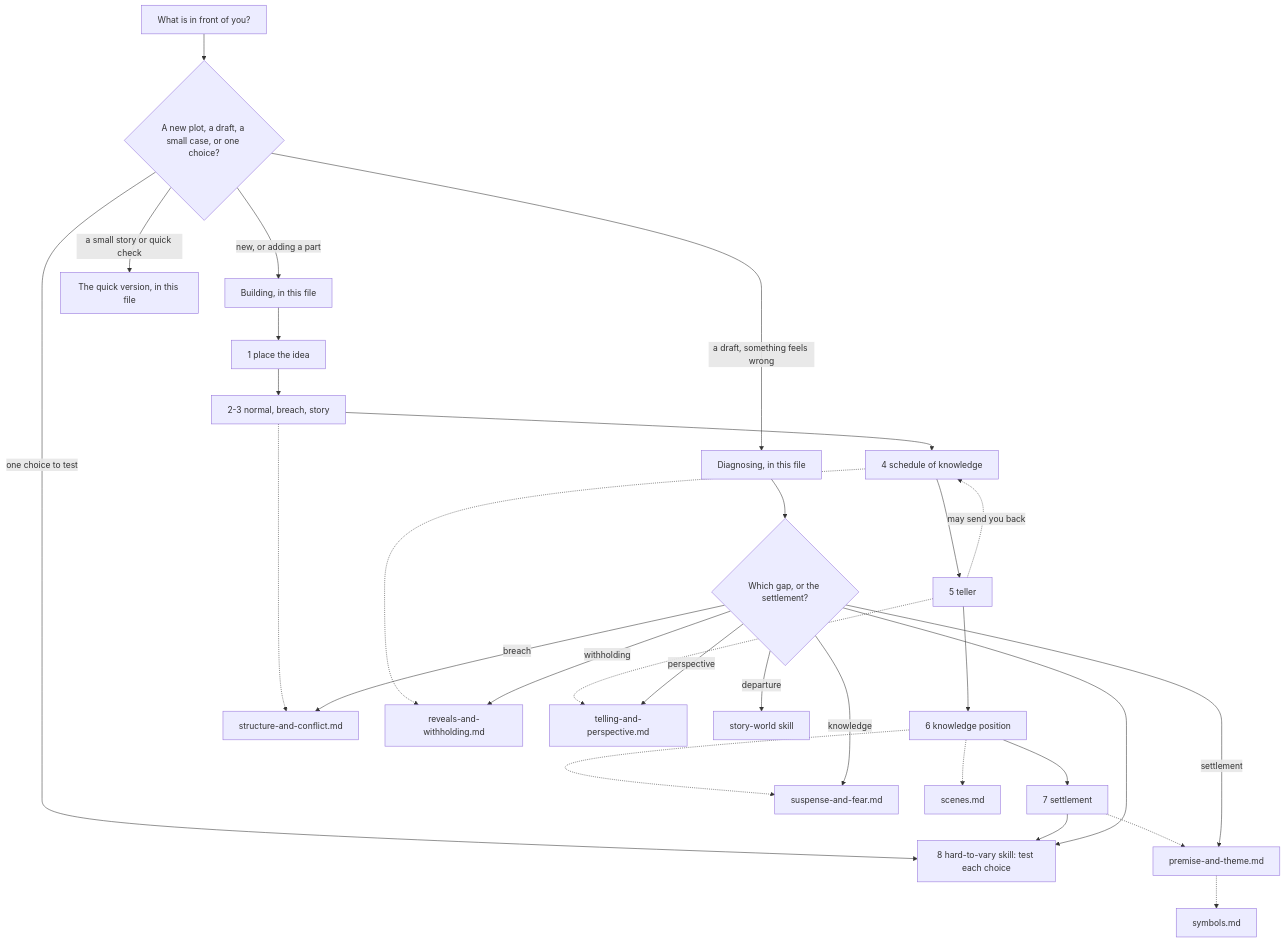
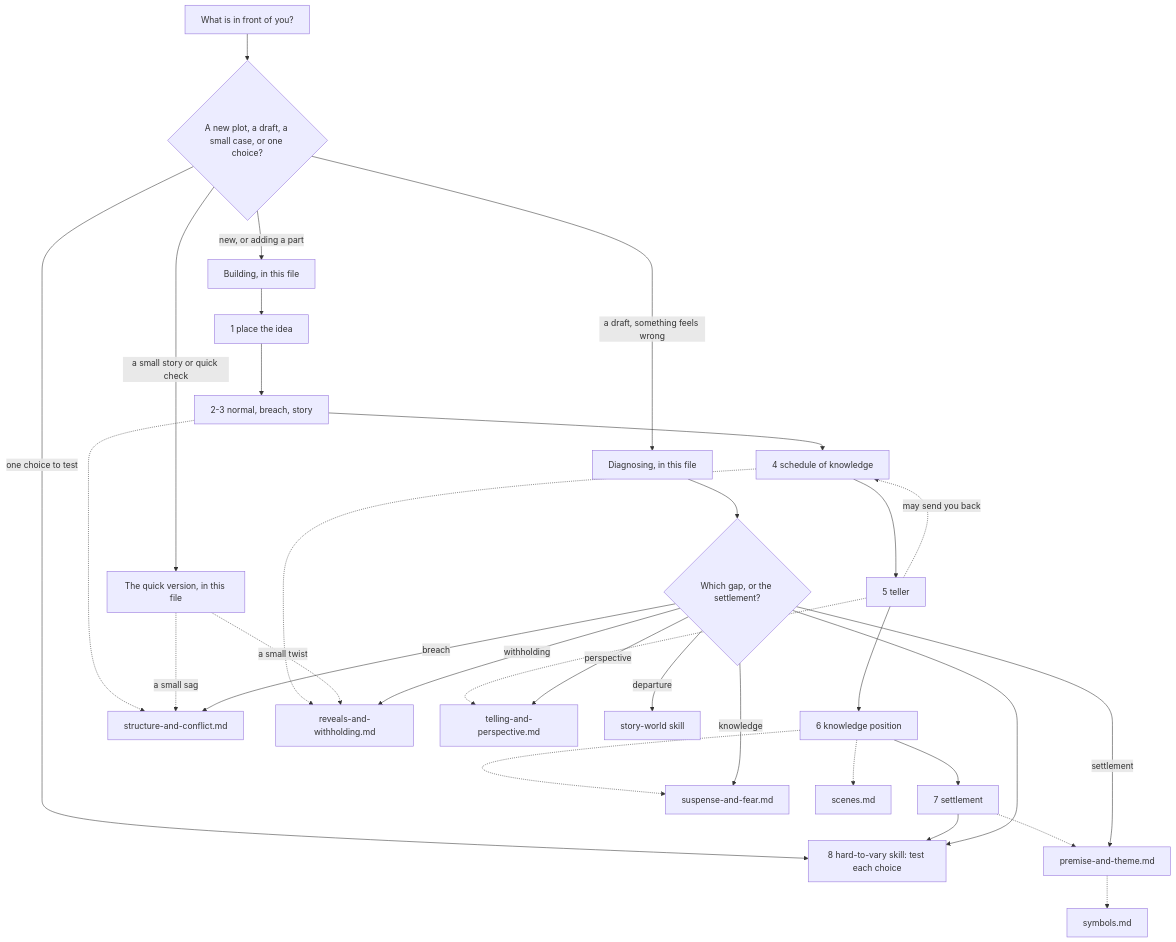
Before and after one commit to AHepi/StoryTest: the diagram in .claude/skills/plot/SKILL.md, drawn with Mermaid. The commit also changed other lines of this file and 38 other files, not shown here.

````diff
--- a/.claude/skills/plot/SKILL.md
+++ b/.claude/skills/plot/SKILL.md
@@ -42,31 +46,33 @@
 ```mermaid
 flowchart TD
   S["What is in front of you?"] --> Q{"A new plot, a draft, a small case, or one choice?"}
   Q -->|new, or adding a part| B["Building, in this file"]
   Q -->|a draft, something feels wrong| D["Diagnosing, in this file"]
   Q -->|a small story or quick check| K["The quick version, in this file"]
   Q -->|one choice to test| H["8 hard-to-vary skill: test each choice"]
   B --> I["1 place the idea"]
   I --> N["2-3 normal, breach, story"]
   N --> SC["4 schedule of knowledge"]
   SC --> T["5 teller"]
   T -.->|may send you back| SC
   T --> KP["6 knowledge position"]
   KP --> SE["7 settlement"]
   N -.-> SCC["structure-and-conflict.md"]
   SC -.-> RW["reveals-and-withholding.md"]
   T -.-> TP["telling-and-perspective.md"]
   KP -.-> SF["suspense-and-fear.md"]
   KP -.-> SN["scenes.md"]
   SE -.-> PT["premise-and-theme.md"]
   PT -.-> SY["symbols.md"]
+  K -.->|a small sag| SCC
+  K -.->|a small twist| RW
   D --> G{"Which gap, or the settlement?"}
   G -->|departure| SW["story-world skill"]
   G -->|breach| SCC
   G -->|withholding| RW
   G -->|perspective| TP
   G -->|knowledge| SF
   G -->|settlement| PT
   SE --> H
   G --> H
 ```
````
